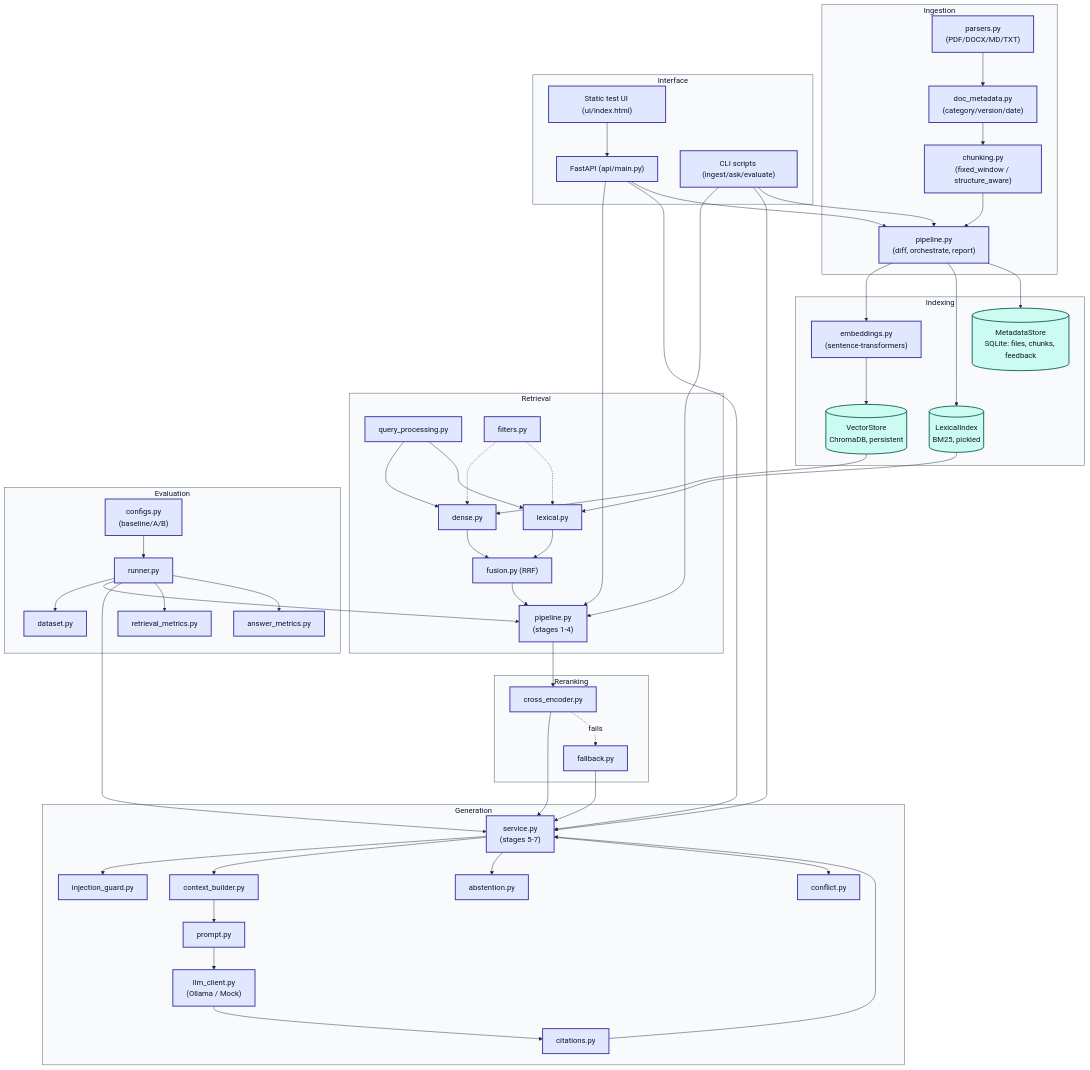
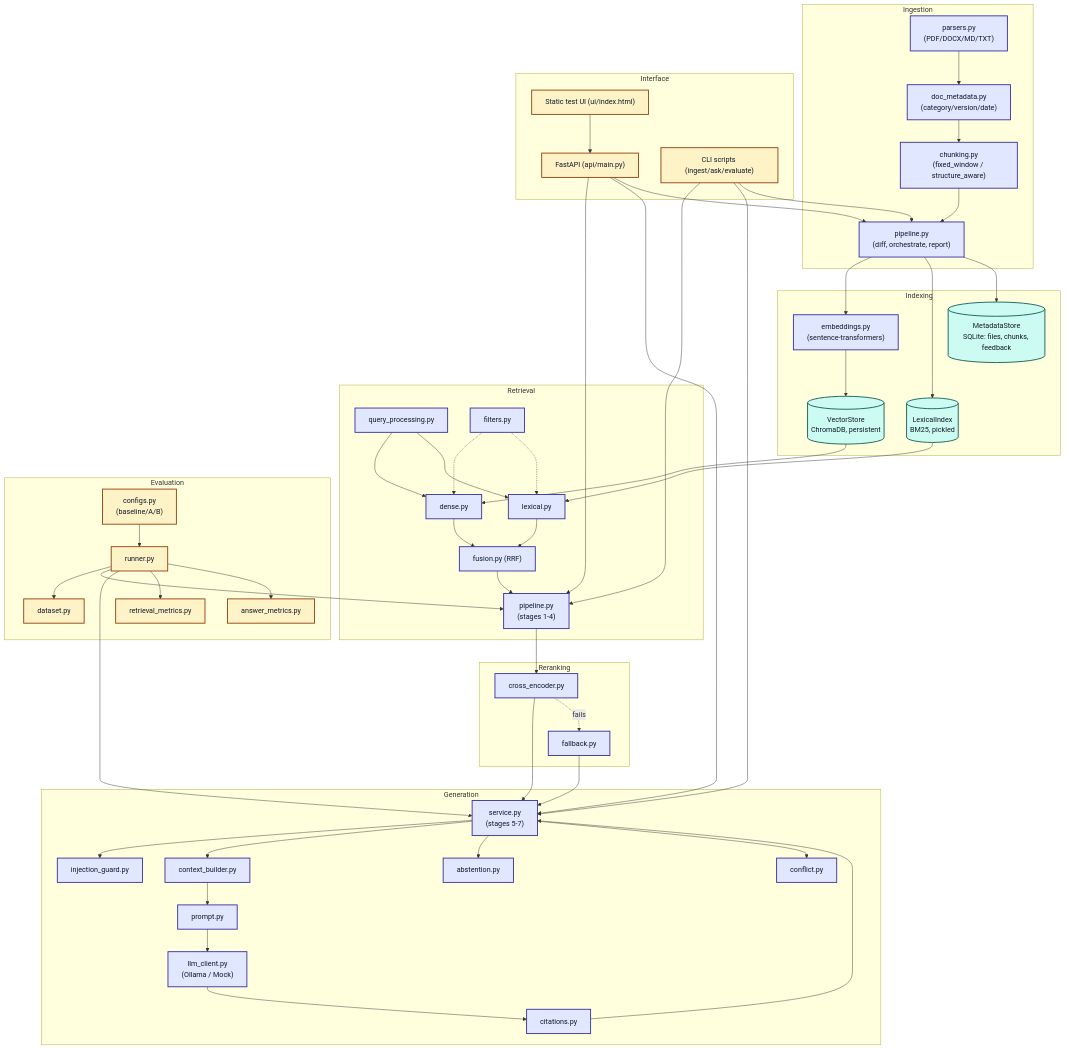
Before and after one commit to TPVinnie/documentation-assistant: the first of 2 diagrams in ARCHITECTURE.md, drawn with Mermaid. The commit also changed other lines of this file, not shown here.

Commit message:
Fix Mermaid diagrams not rendering on GitHub
Drop the %%{init}%% theme directive from both diagrams — it worked in a
standalone Mermaid v10 test but crashes GitHub's renderer with "Cannot
read properties of undefined (reading 'render')" when combined with
theme:"base" + themeVariables. Replace the flowchart's color scheme with
plain classDef/class (stable, universally-supported Mermaid syntax) and
leave the sequence diagram on Mermaid's default theme, which already
renders with solid, legible contrast.

````diff
--- a/ARCHITECTURE.md
+++ b/ARCHITECTURE.md
@@ -5,5 +5,4 @@
 ```mermaid
-%%{init: {"theme": "base", "themeVariables": {"fontSize": "17px", "primaryColor": "#e0e7ff", "primaryTextColor": "#0f172a", "primaryBorderColor": "#3730a3", "lineColor": "#1e293b", "secondaryColor": "#ccfbf1", "secondaryTextColor": "#0f172a", "secondaryBorderColor": "#115e59", "tertiaryColor": "#fef3c7", "tertiaryTextColor": "#0f172a", "tertiaryBorderColor": "#92400e", "clusterBkg": "#f8fafc", "clusterBorder": "#475569", "edgeLabelBackground": "#ffffff", "textColor": "#0f172a"}}}%%
 flowchart TB
     subgraph Ingestion
         Parsers["parsers.py\n(PDF/DOCX/MD/TXT)"]
@@ -94,7 +93,10 @@
     Runner --> AnswerMetrics
     Configs --> Runner
 
-    classDef default stroke-width:2px;
+    classDef proc fill:#e0e7ff,stroke:#3730a3,color:#0f172a,stroke-width:2px;
     classDef db fill:#ccfbf1,stroke:#115e59,color:#0f172a,stroke-width:2px;
+    classDef iface fill:#fef3c7,stroke:#92400e,color:#0f172a,stroke-width:2px;
+    class Parsers,DocMeta,Chunking,Pipeline,Embeddings,QueryProc,Dense,Lexical,Fusion,Filters,RetrievalPipeline,CrossEncoder,Fallback,InjectionGuard,ContextBuilder,Prompt,LLMClient,Citations,Abstention,Conflict,Service proc;
     class VectorStore,LexicalIndex,MetadataStore db;
+    class API,UI,CLI,Dataset,RetrievalMetrics,AnswerMetrics,Runner,Configs iface;
 ```
````
